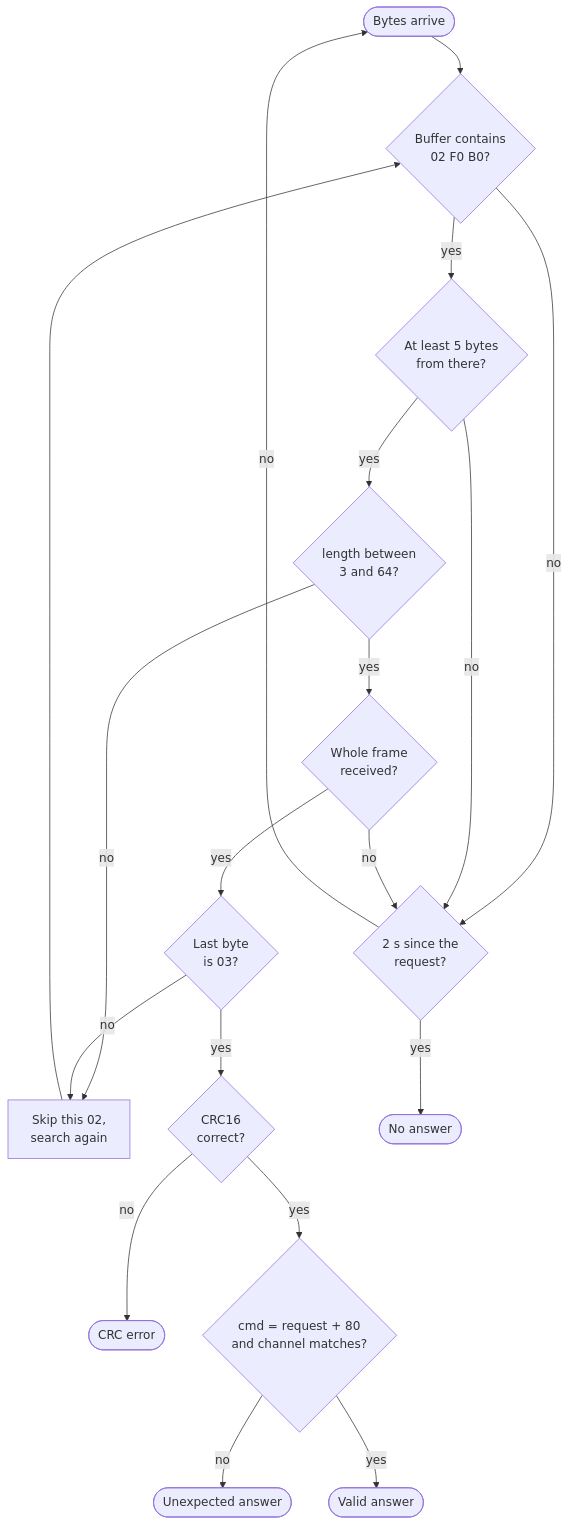
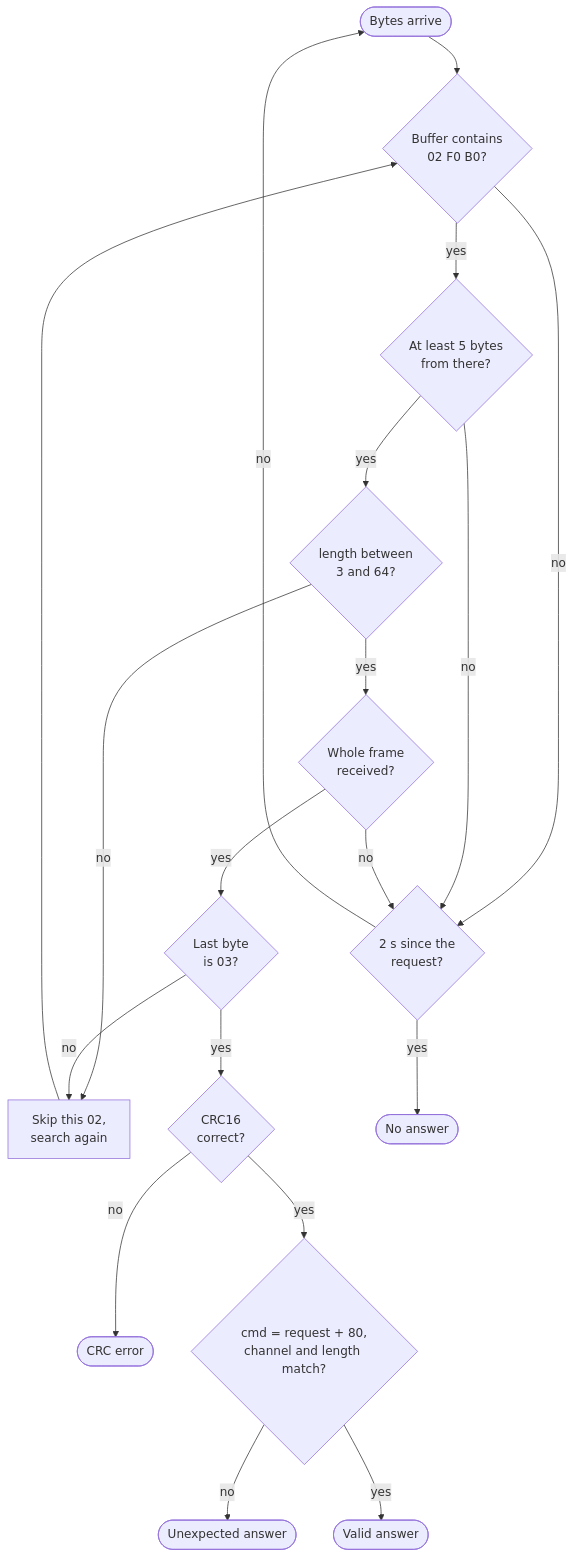
One commit to snbk40/SunMon changed the third of 4 diagrams in docs/PROTOCOL.md. Above: the diagram before and after it, drawn with Mermaid. The commit also changed other lines of this file and 2 other files, not shown here.

First line of the commit message:
Require a channel answer to be exactly 16 bytes

````diff
--- a/docs/PROTOCOL.md
+++ b/docs/PROTOCOL.md
@@ -362,21 +365,21 @@
 ```mermaid
 flowchart TD
     rx([Bytes arrive]) --> find{Buffer contains<br/>02 F0 B0?}
     find -- no --> wait
     find -- yes --> hdr{At least 5 bytes<br/>from there?}
     hdr -- no --> wait
     hdr -- yes --> len{length between<br/>3 and 64?}
     len -- no --> skip[Skip this 02,<br/>search again]
     len -- yes --> full{Whole frame<br/>received?}
     full -- no --> wait
     full -- yes --> etx{Last byte<br/>is 03?}
     etx -- no --> skip
     etx -- yes --> crc{CRC16<br/>correct?}
     crc -- no --> crcerr([CRC error])
-    crc -- yes --> cmd{cmd = request + 80<br/>and channel matches?}
+    crc -- yes --> cmd{cmd = request + 80,<br/>channel and length match?}
     cmd -- no --> unexp([Unexpected answer])
     cmd -- yes --> ok([Valid answer])
     skip --> find
     wait{2 s since the<br/>request?} -- no --> rx
     wait -- yes --> timeout([No answer])
 ```
````
